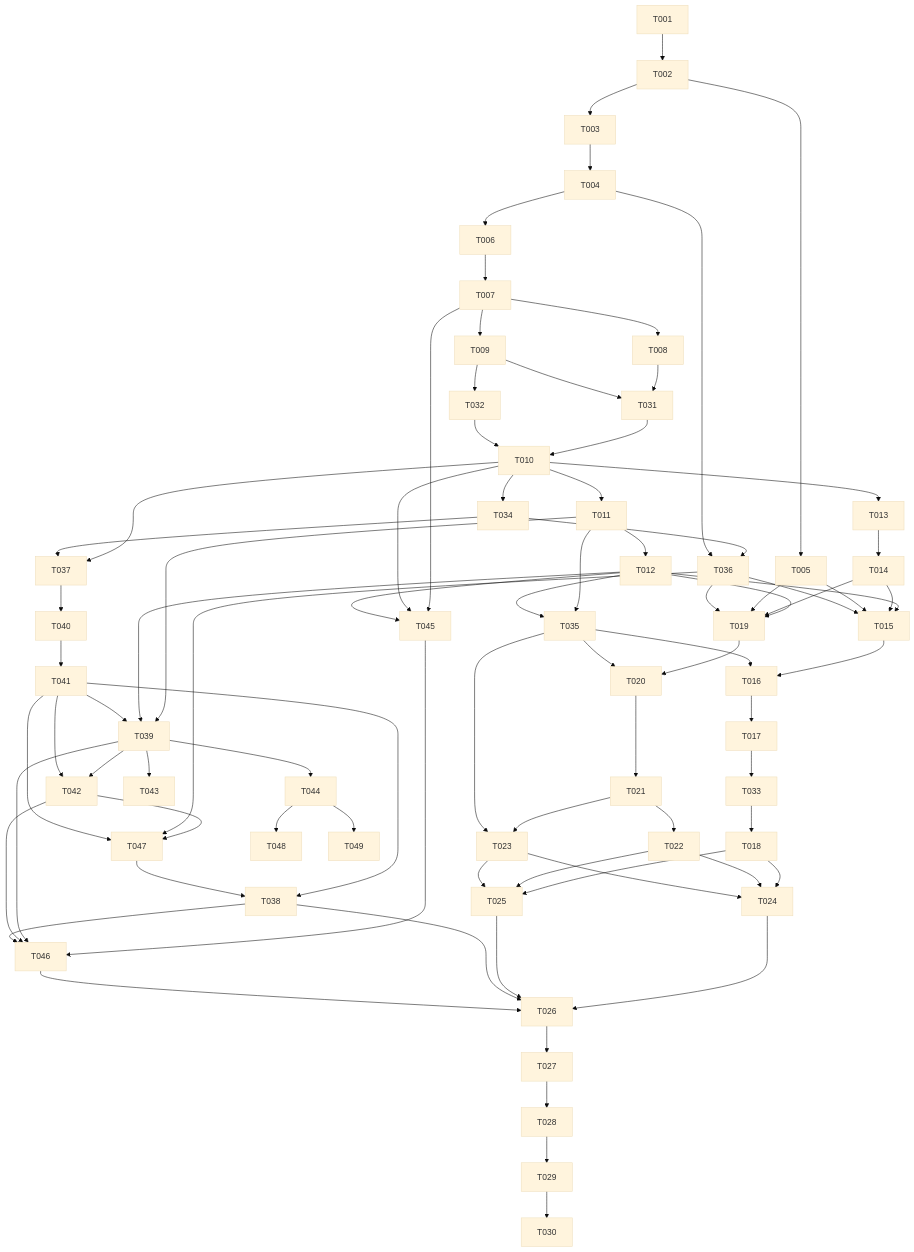
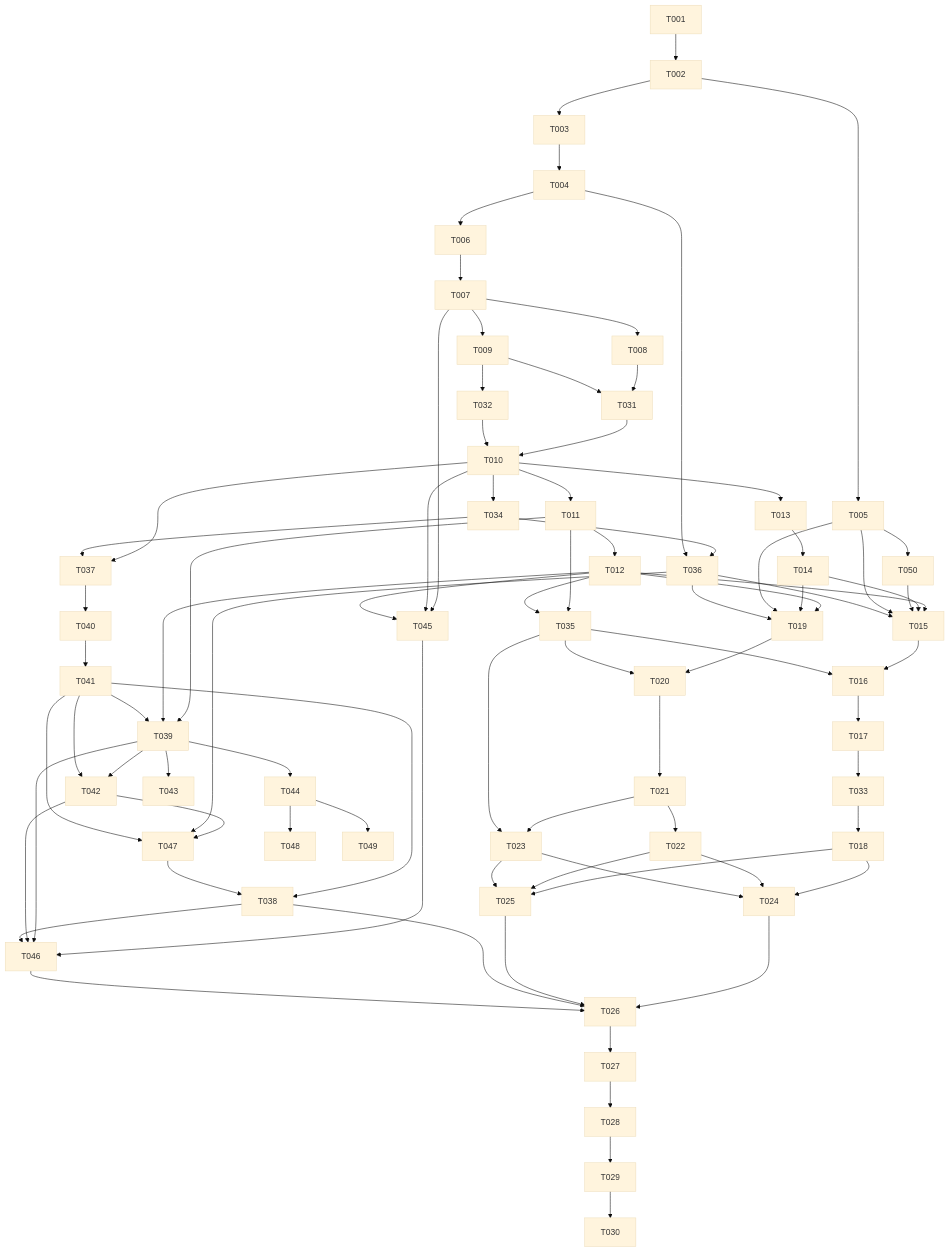
Before and after one commit to ronronner02/multi-agent: the diagram in docs/tasks/2026-10-13-001-feat-multi-agent-team-tasks.md, drawn with Mermaid (base theme). The commit also changed other lines of this file and 5 other files, not shown here.

````diff
--- a/docs/tasks/2026-10-13-001-feat-multi-agent-team-tasks.md
+++ b/docs/tasks/2026-10-13-001-feat-multi-agent-team-tasks.md
@@ -120,70 +120,71 @@
 ```mermaid
 flowchart TD
   T001 --> T002
   T002 --> T003 --> T004 --> T006 --> T007
   T002 --> T005
   T007 --> T008
   T007 --> T009
   T008 --> T031
   T009 --> T031
   T009 --> T032
   T031 --> T010
   T032 --> T010
   T010 --> T011 --> T012
   T010 --> T013 --> T014
   T012 --> T015
   T014 --> T015
+  T005 --> T050 --> T015
   T005 --> T015
   T015 --> T016 --> T017 --> T033 --> T018
   T012 --> T019
   T014 --> T019
   T005 --> T019
   T019 --> T020 --> T021
   T021 --> T022
   T021 --> T023
   T018 --> T024
   T022 --> T024
   T023 --> T024
   T018 --> T025
   T022 --> T025
   T023 --> T025
   T024 --> T026
   T025 --> T026
   T010 --> T034 --> T036
   T010 --> T037
   T034 --> T037
   T037 --> T040
   T040 --> T041
   T041 --> T038
   T011 --> T039
   T012 --> T039
   T041 --> T039
   T039 --> T042
   T039 --> T043
   T039 --> T044
   T044 --> T048
   T044 --> T049
   T041 --> T042
   T042 --> T047
   T036 --> T047
   T041 --> T047
   T047 --> T038
   T038 --> T026
   T007 --> T045
   T010 --> T045
   T012 --> T045
   T045 --> T046
   T039 --> T046
   T042 --> T046
   T038 --> T046
   T046 --> T026
   T004 --> T036
   T036 --> T015
   T036 --> T019
   T011 --> T035
   T012 --> T035
   T035 --> T016
   T035 --> T020
   T035 --> T023
   T026 --> T027 --> T028 --> T029 --> T030
 ```
````
